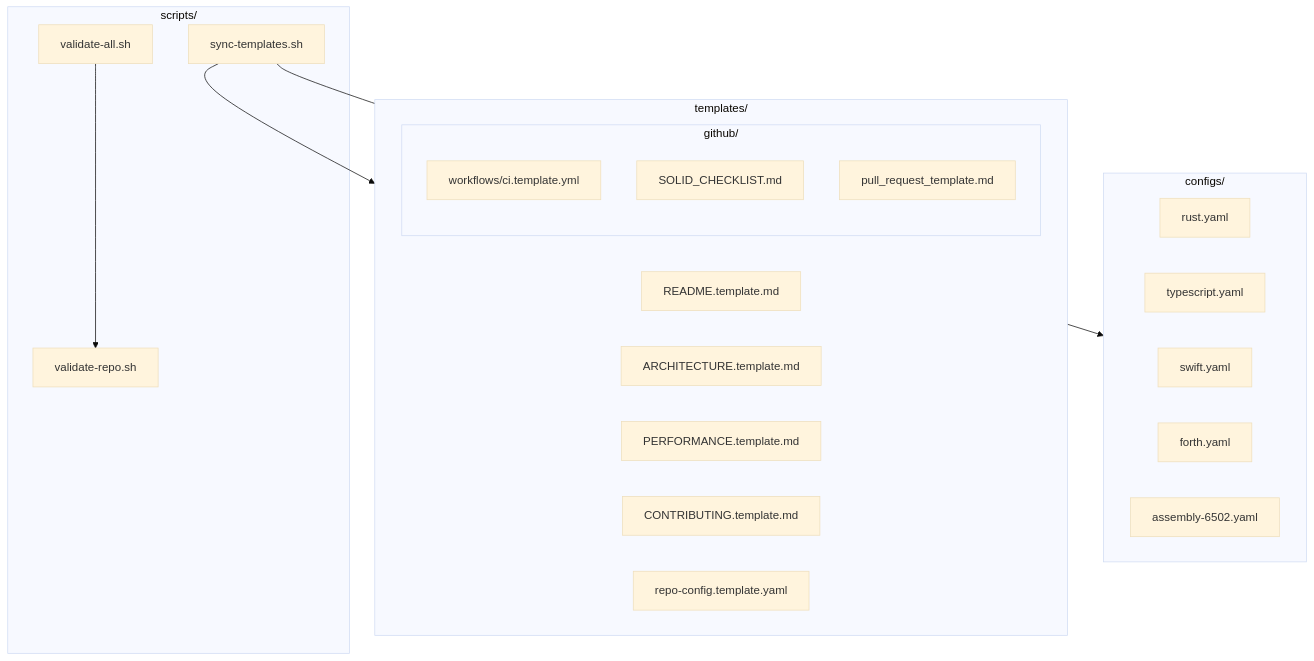
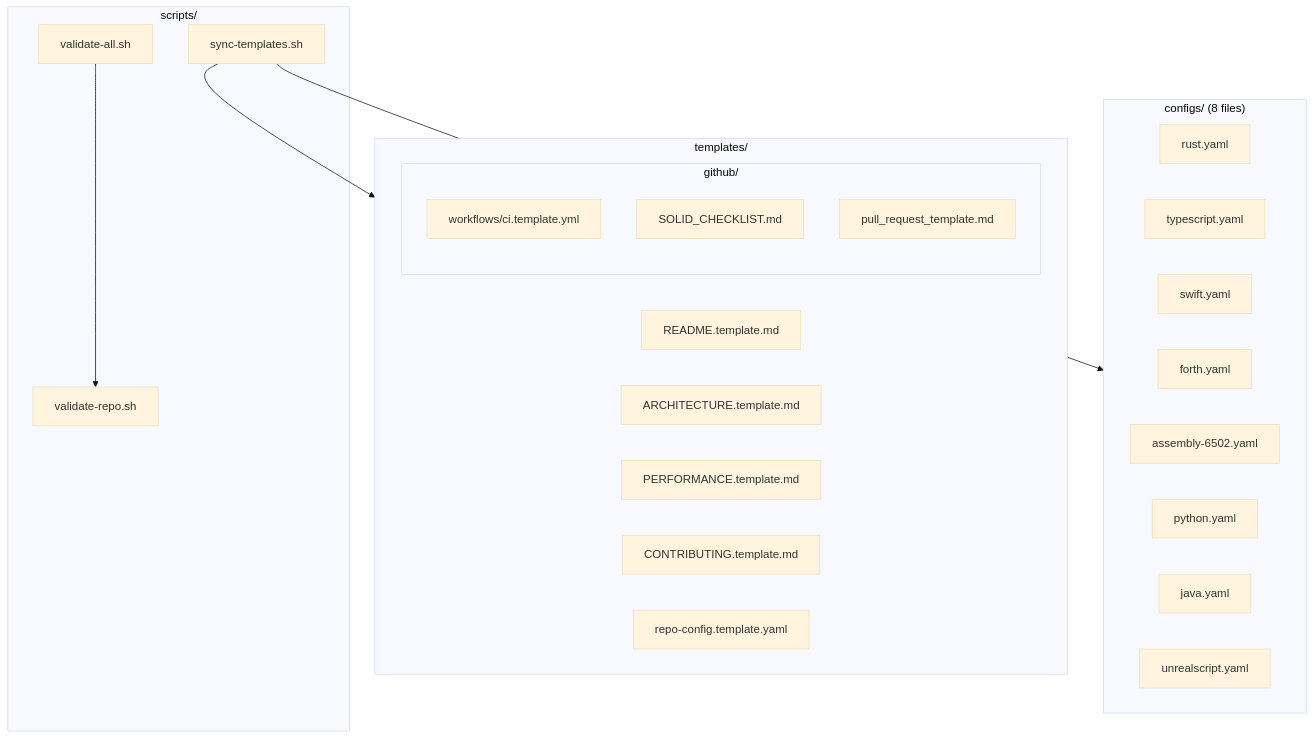
One commit to chronomancy-io/chronoboiler changed the second of 3 diagrams in ARCHITECTURE.md. Above: the diagram before and after it, drawn with Mermaid (base theme). The commit also changed other lines of this file and 4 other files, not shown here.

````diff
--- a/ARCHITECTURE.md
+++ b/ARCHITECTURE.md
@@ -100,33 +109,36 @@
 ```mermaid
 graph TD
     subgraph templates["templates/"]
         readme["README.template.md"]
         arch["ARCHITECTURE.template.md"]
         perf["PERFORMANCE.template.md"]
         contrib["CONTRIBUTING.template.md"]
         repoconfig["repo-config.template.yaml"]
         subgraph github["github/"]
             citemplate["workflows/ci.template.yml"]
             solid["SOLID_CHECKLIST.md"]
             prtemplate["pull_request_template.md"]
         end
     end
 
     subgraph scripts["scripts/"]
         validate["validate-repo.sh"]
         validateall["validate-all.sh"]
         sync["sync-templates.sh"]
     end
 
-    subgraph configs["configs/"]
+    subgraph configs["configs/ (8 files)"]
         rust["rust.yaml"]
         typescript["typescript.yaml"]
         swift["swift.yaml"]
         forth["forth.yaml"]
         asm["assembly-6502.yaml"]
+        python["python.yaml"]
+        java["java.yaml"]
+        unrealscript["unrealscript.yaml"]
     end
 
     validateall --> validate
     sync --> templates
     sync --> configs
 ```
````
